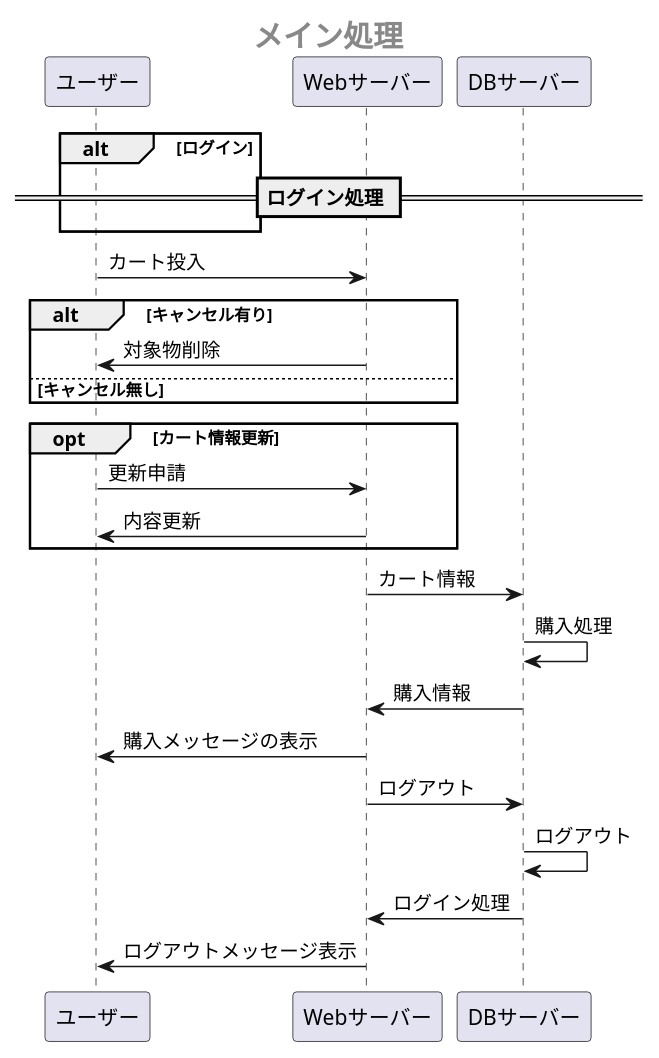
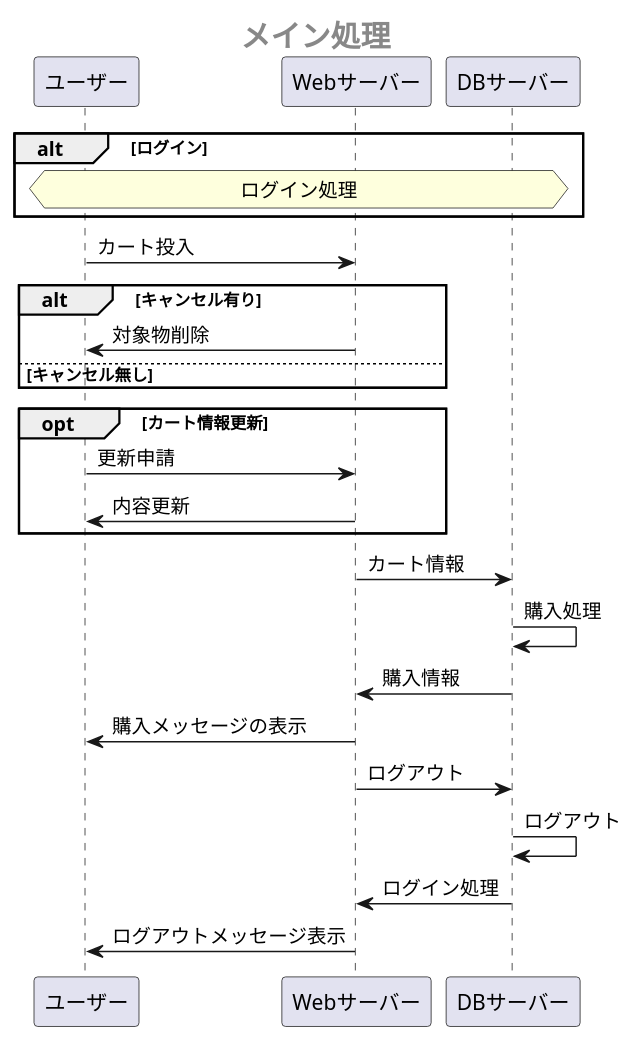
The first of 2 diagrams in sample/OperationFrow.md (Aso2001385/2021sys-design), drawn with PlantUML before and after one commit.

````diff
--- a/sample/OperationFrow.md
+++ b/sample/OperationFrow.md
@@ -1,37 +1,37 @@
 ```uml 
 @startuml 
 center header <size:20><b>メイン処理</b></size>
 
 
 alt ログイン
- == ログイン処理 ==
+ hnote across: ログイン処理
 end
 ユーザー -> Webサーバー:カート投入
 
 
 
   
   alt キャンセル有り
       Webサーバー ->ユーザー:対象物削除
     else キャンセル無し
   end
   
   opt カート情報更新
       ユーザー -> Webサーバー:更新申請
       Webサーバー ->ユーザー:内容更新
   end
   
 Webサーバー -> DBサーバー:カート情報
 DBサーバー -> DBサーバー:購入処理
 DBサーバー -> Webサーバー:購入情報
 Webサーバー ->ユーザー:購入メッセージの表示
 
  
 
 Webサーバー -> DBサーバー:ログアウト
 DBサーバー -> DBサーバー:ログアウト
 DBサーバー -> Webサーバー:ログイン処理
 Webサーバー ->ユーザー:ログアウトメッセージ表示
 
 @enduml
 ```
````
